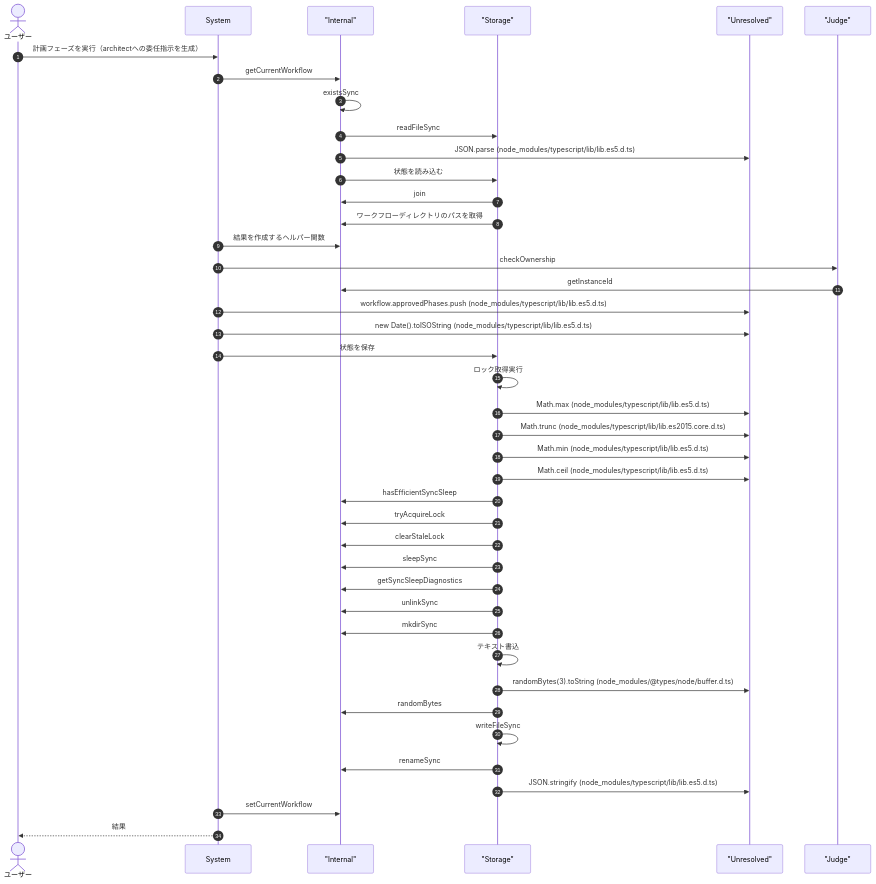
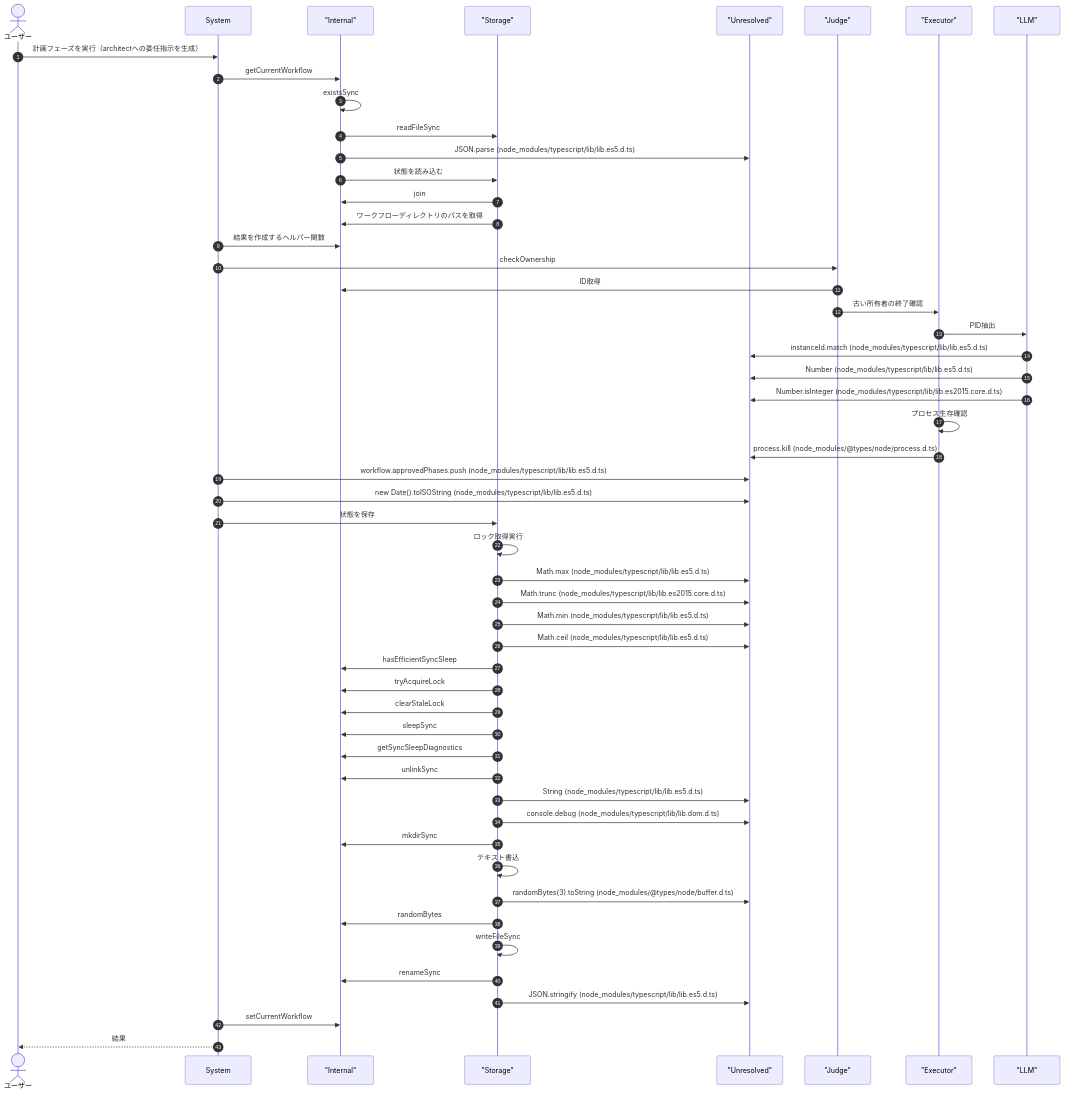
One commit to Mekann2904/mekann changed diagram 13 of 20 in ABDD/.pi/extensions/ul-workflow.md. Above: the diagram before and after it, drawn with Mermaid. The commit also changed other lines of this file and 189 other files, not shown here.

````diff
--- a/ABDD/.pi/extensions/ul-workflow.md
+++ b/ABDD/.pi/extensions/ul-workflow.md
@@ -575,46 +838,57 @@
 ```mermaid
 sequenceDiagram
   autonumber
   actor User as ユーザー
   participant System as System
   participant Internal as "Internal"
   participant Storage as "Storage"
   participant Unresolved as "Unresolved"
   participant Judge as "Judge"
+  participant Executor as "Executor"
+  participant LLM as "LLM"
 
   User->>System: 計画フェーズを実行（architectへの委任指示を生成）
   System->>Internal: getCurrentWorkflow
   Internal->>Internal: existsSync
   Internal->>Storage: readFileSync
   Internal->>Unresolved: JSON.parse (node_modules/typescript/lib/lib.es5.d.ts)
   Internal->>Storage: 状態を読み込む
   Storage->>Internal: join
   Storage->>Internal: ワークフローディレクトリのパスを取得
   System->>Internal: 結果を作成するヘルパー関数
   System->>Judge: checkOwnership
-  Judge->>Internal: getInstanceId
+  Judge->>Internal: ID取得
+  Judge->>Executor: 古い所有者の終了確認
+  Executor->>LLM: PID抽出
+  LLM->>Unresolved: instanceId.match (node_modules/typescript/lib/lib.es5.d.ts)
+  LLM->>Unresolved: Number (node_modules/typescript/lib/lib.es5.d.ts)
+  LLM->>Unresolved: Number.isInteger (node_modules/typescript/lib/lib.es2015.core.d.ts)
+  Executor->>Executor: プロセス生存確認
+  Executor->>Unresolved: process.kill (node_modules/@types/node/process.d.ts)
   System->>Unresolved: workflow.approvedPhases.push (node_modules/typescript/lib/lib.es5.d.ts)
   System->>Unresolved: new Date().toISOString (node_modules/typescript/lib/lib.es5.d.ts)
   System->>Storage: 状態を保存
   Storage->>Storage: ロック取得実行
   Storage->>Unresolved: Math.max (node_modules/typescript/lib/lib.es5.d.ts)
   Storage->>Unresolved: Math.trunc (node_modules/typescript/lib/lib.es2015.core.d.ts)
   Storage->>Unresolved: Math.min (node_modules/typescript/lib/lib.es5.d.ts)
   Storage->>Unresolved: Math.ceil (node_modules/typescript/lib/lib.es5.d.ts)
   Storage->>Internal: hasEfficientSyncSleep
   Storage->>Internal: tryAcquireLock
   Storage->>Internal: clearStaleLock
   Storage->>Internal: sleepSync
   Storage->>Internal: getSyncSleepDiagnostics
   Storage->>Internal: unlinkSync
+  Storage->>Unresolved: String (node_modules/typescript/lib/lib.es5.d.ts)
+  Storage->>Unresolved: console.debug (node_modules/typescript/lib/lib.dom.d.ts)
   Storage->>Internal: mkdirSync
   Storage->>Storage: テキスト書込
   Storage->>Unresolved: randomBytes(3).toString (node_modules/@types/node/buffer.d.ts)
   Storage->>Internal: randomBytes
   Storage->>Storage: writeFileSync
   Storage->>Internal: renameSync
   Storage->>Unresolved: JSON.stringify (node_modules/typescript/lib/lib.es5.d.ts)
   System->>Internal: setCurrentWorkflow
   System-->>User: 結果
 
 ```
````
